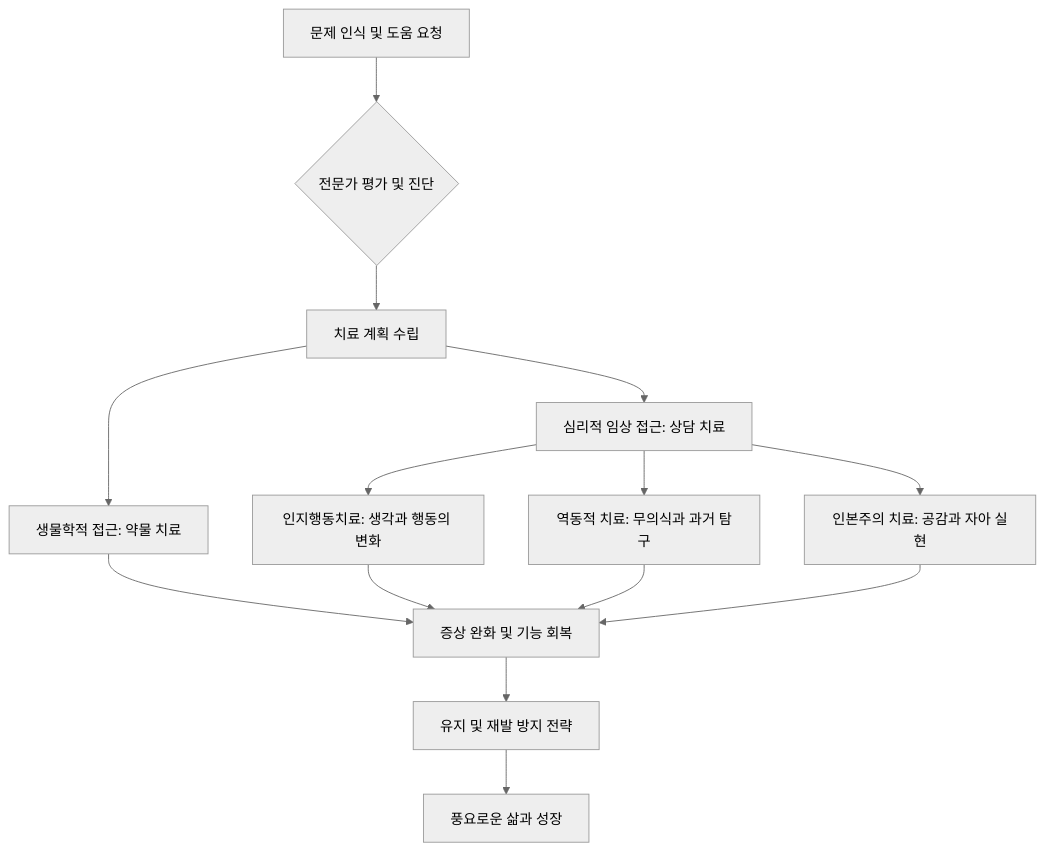
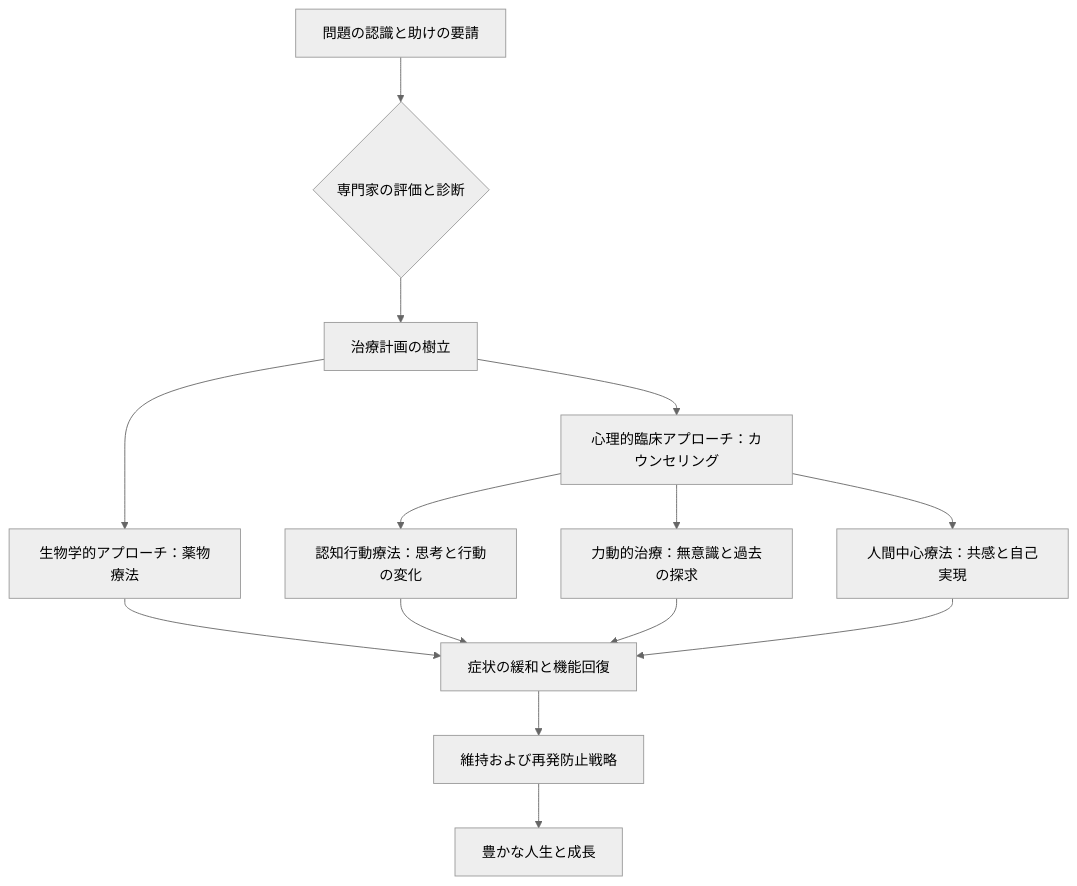
Before and after one commit to yuli3/wiki-oiyo: the diagram in src/content/blog/ja/education-psychology-ch5.mdx, drawn with Mermaid (neutral theme). The commit also changed other lines of this file and 427 other files, not shown here.

````diff
--- a/src/content/blog/ja/education-psychology-ch5.mdx
+++ b/src/content/blog/ja/education-psychology-ch5.mdx
@@ -63,16 +61,16 @@
 ```mermaid
 graph TD
-    A[문제 인식 및 도움 요청] --> B{전문가 평가 및 진단}
-    B --> C[치료 계획 수립]
-    C --> D[생물학적 접근: 약물 치료]
-    C --> E[심리적 임상 접근: 상담 치료]
-    E --> E1[인지행동치료: 생각과 행동의 변화]
-    E --> E2[역동적 치료: 무의식과 과거 탐구]
-    E --> E3[인본주의 치료: 공감과 자아 실현]
-    D --> F[증상 완화 및 기능 회복]
+    A[問題の認識と助けの要請] --> B{専門家の評価と診断}
+    B --> C[治療計画の樹立]
+    C --> D[生物学的アプローチ：薬物療法]
+    C --> E[心理的臨床アプローチ：カウンセリング]
+    E --> E1[認知行動療法：思考と行動の変化]
+    E --> E2[力動的治療：無意識と過去の探求]
+    E --> E3[人間中心療法：共感と自己実現]
+    D --> F[症状の緩和と機能回復]
     E1 --> F
     E2 --> F
     E3 --> F
-    F --> G[유지 및 재발 방지 전략]
-    G --> H[풍요로운 삶과 성장]
+    F --> G[維持および再発防止戦略]
+    G --> H[豊かな人生と成長]
 ```
````
